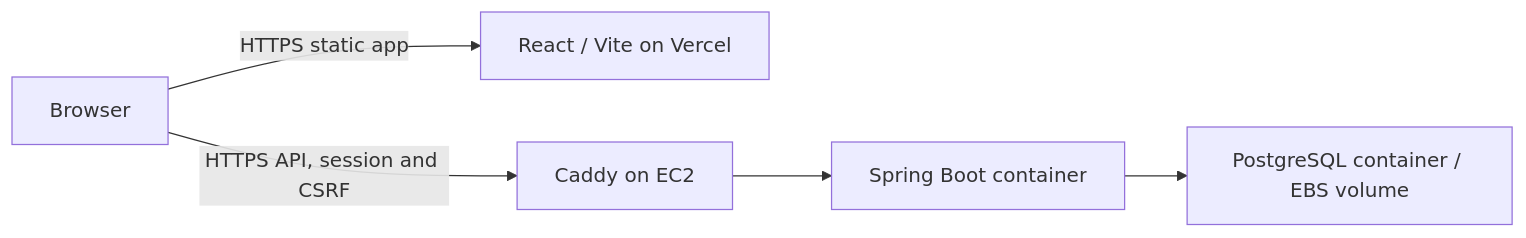
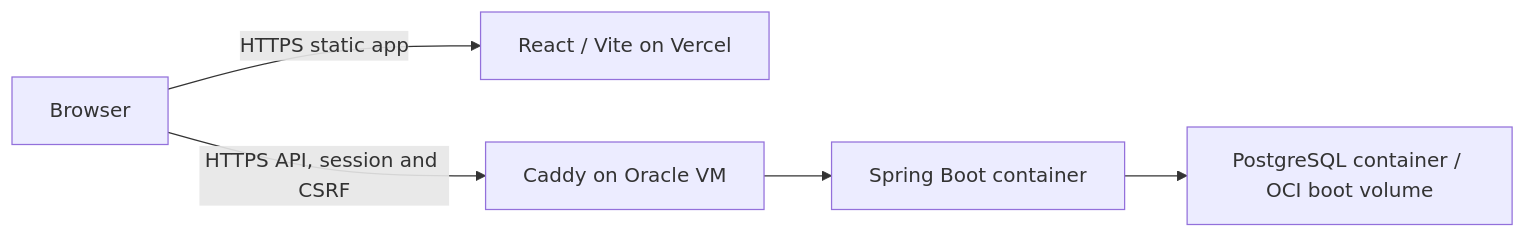
The diagram in README.md (chiwasushuba/aiops-ansible), drawn with Mermaid before and after one commit. The commit also changed other lines of this file and 15 other files, not shown here.

````diff
--- a/README.md
+++ b/README.md
@@ -31,7 +31,7 @@
 ```mermaid
 flowchart LR
   Browser -->|HTTPS static app| Vercel[React / Vite on Vercel]
-  Browser -->|HTTPS API, session and CSRF| Caddy[Caddy on EC2]
+  Browser -->|HTTPS API, session and CSRF| Caddy[Caddy on Oracle VM]
   Caddy --> Backend[Spring Boot container]
-  Backend --> PostgreSQL[PostgreSQL container / EBS volume]
+  Backend --> PostgreSQL[PostgreSQL container / OCI boot volume]
 ```
````
